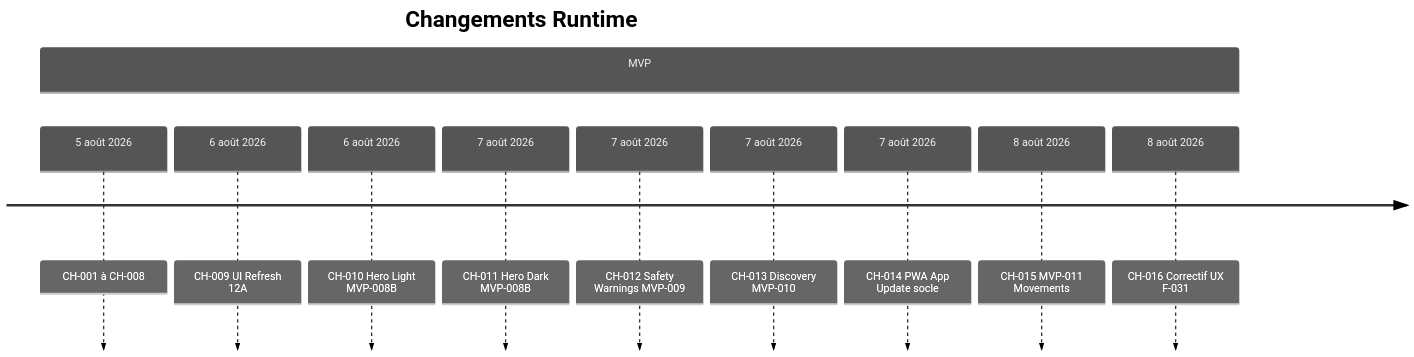
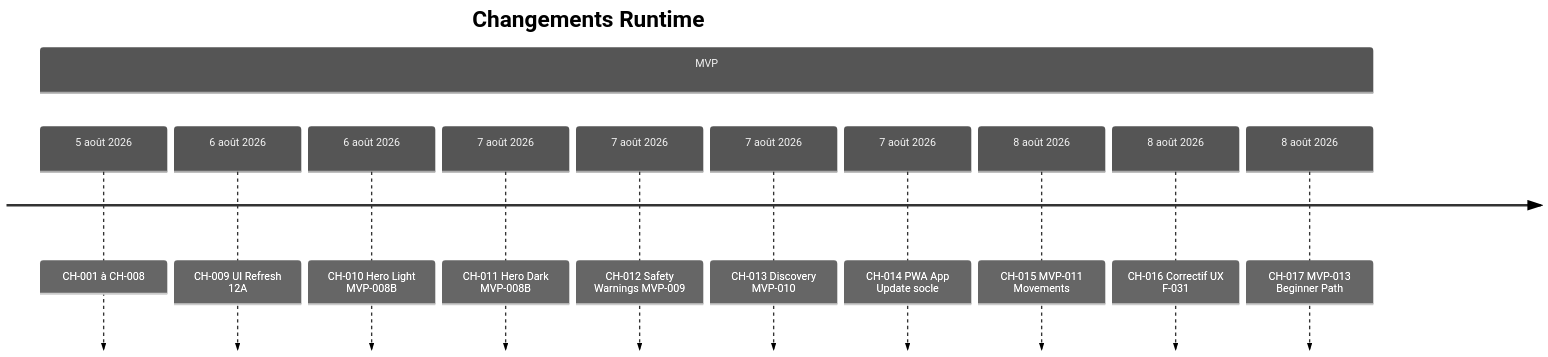
Before and after one commit to JavaChrist/Tai-Chi-AI-Coach: the diagram in docs/runtime/17_CHANGE_HISTORY.md, drawn with Mermaid (neutral theme). The commit also changed other lines of this file and 26 other files, not shown here.

First line of the commit message:
feat(path): complete MVP-013 beginner path

````diff
--- a/docs/runtime/17_CHANGE_HISTORY.md
+++ b/docs/runtime/17_CHANGE_HISTORY.md
@@ -51,14 +52,15 @@
 ```mermaid
 timeline
   title Changements Runtime
   section MVP
     5 août 2026 : CH-001 à CH-008
     6 août 2026 : CH-009 UI Refresh 12A
     6 août 2026 : CH-010 Hero Light MVP-008B
     7 août 2026 : CH-011 Hero Dark MVP-008B
     7 août 2026 : CH-012 Safety Warnings MVP-009
     7 août 2026 : CH-013 Discovery MVP-010
     7 août 2026 : CH-014 PWA App Update socle
     8 août 2026 : CH-015 MVP-011 Movements
     8 août 2026 : CH-016 Correctif UX F-031
+    8 août 2026 : CH-017 MVP-013 Beginner Path
 ```
````
